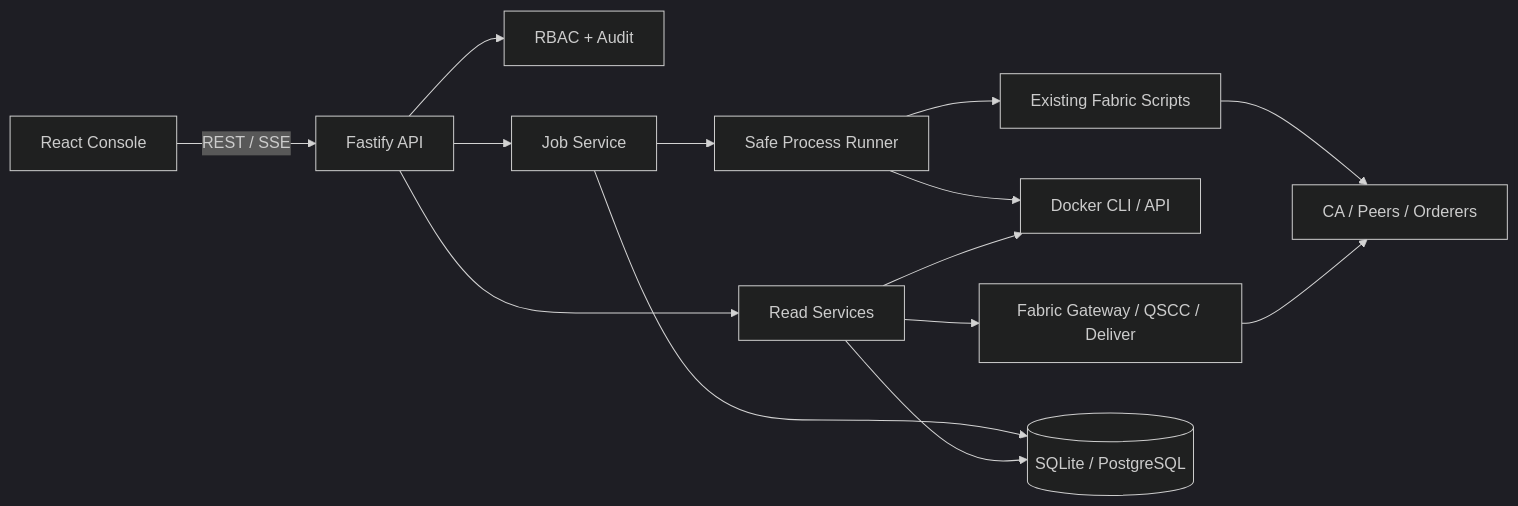
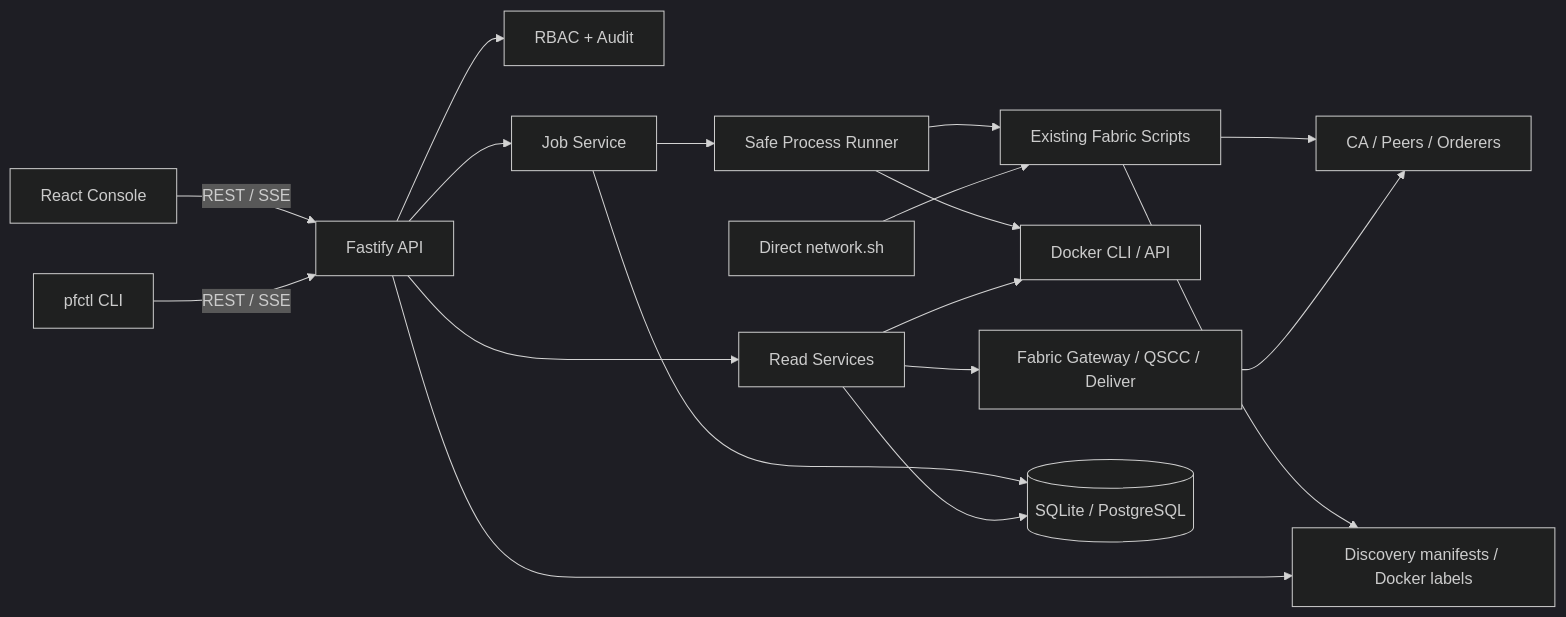
The diagram in docs/control-plane-architecture.md (adachissss/remote-Hyperledger-fabric-), drawn with Mermaid (dark theme) before and after one commit. The commit also changed other lines of this file and 3 other files, not shown here.

````diff
--- a/docs/control-plane-architecture.md
+++ b/docs/control-plane-architecture.md
@@ -57,16 +58,20 @@
 ```mermaid
 flowchart LR
     UI[React Console] -->|REST / SSE| API[Fastify API]
+    CLI[pfctl CLI] -->|REST / SSE| API
     API --> AUTH[RBAC + Audit]
     API --> JOBS[Job Service]
     API --> QUERY[Read Services]
     JOBS --> RUNNER[Safe Process Runner]
     RUNNER --> SCRIPTS[Existing Fabric Scripts]
     RUNNER --> DOCKER[Docker CLI / API]
     QUERY --> GATEWAY[Fabric Gateway / QSCC / Deliver]
     QUERY --> DOCKER
     JOBS --> DB[(SQLite / PostgreSQL)]
     QUERY --> DB
     SCRIPTS --> FABRIC[CA / Peers / Orderers]
     GATEWAY --> FABRIC
+    SHELL[Direct network.sh] --> SCRIPTS
+    SCRIPTS --> DISCOVERY[Discovery manifests / Docker labels]
+    API --> DISCOVERY
 ```
````
